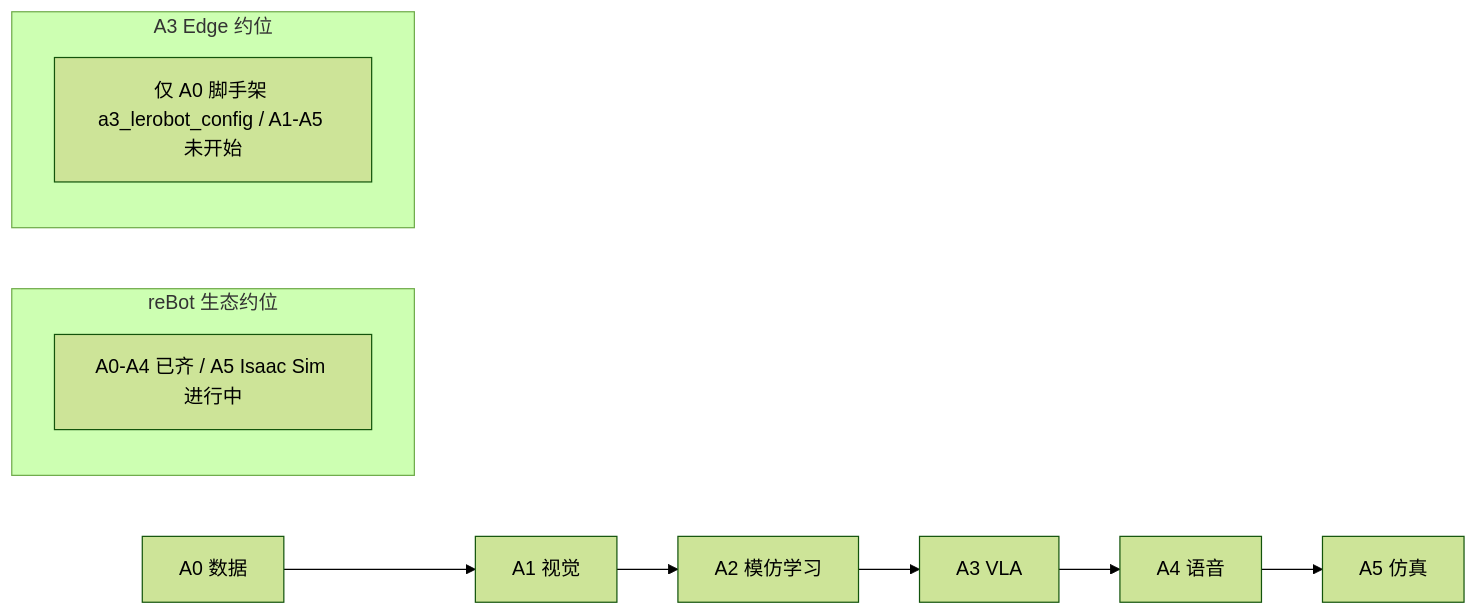
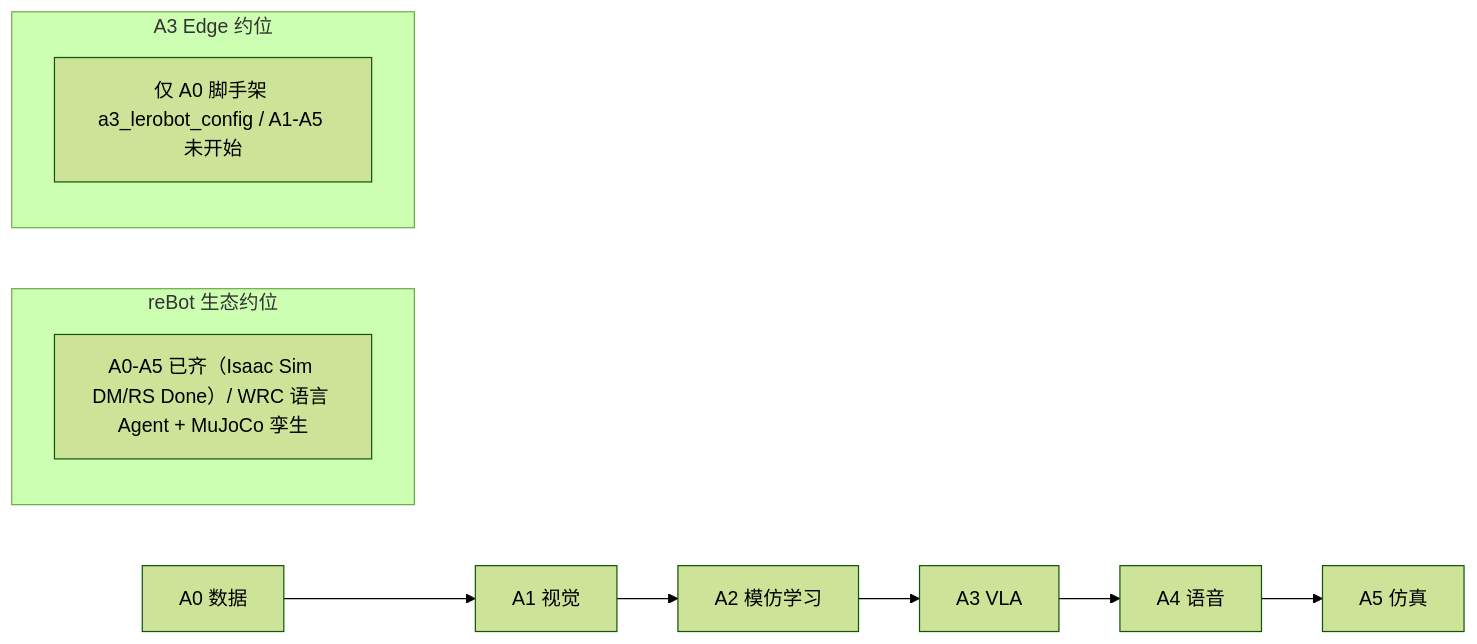
Before and after one commit to deep-diary/a3_arm_ws: the second of 3 diagrams in docs/shared/AI_ROADMAP.md, drawn with Mermaid (forest theme). The commit also changed other lines of this file and 11 other files, not shown here.

````diff
--- a/docs/shared/AI_ROADMAP.md
+++ b/docs/shared/AI_ROADMAP.md
@@ -173,13 +175,13 @@
 ```mermaid
 flowchart LR
     A0[A0 数据] --> A1[A1 视觉] --> A2[A2 模仿学习]
     A2 --> A3[A3 VLA] --> A4[A4 语音] --> A5[A5 仿真]
 
     subgraph rebotPos [reBot 生态约位]
-        R["A0-A4 已齐 / A5 Isaac Sim 进行中"]
+        R["A0-A5 已齐（Isaac Sim DM/RS Done）/ WRC 语言 Agent + MuJoCo 孪生"]
     end
 
     subgraph a3Pos [A3 Edge 约位]
         A["仅 A0 脚手架 a3_lerobot_config / A1-A5 未开始"]
     end
 ```
````
